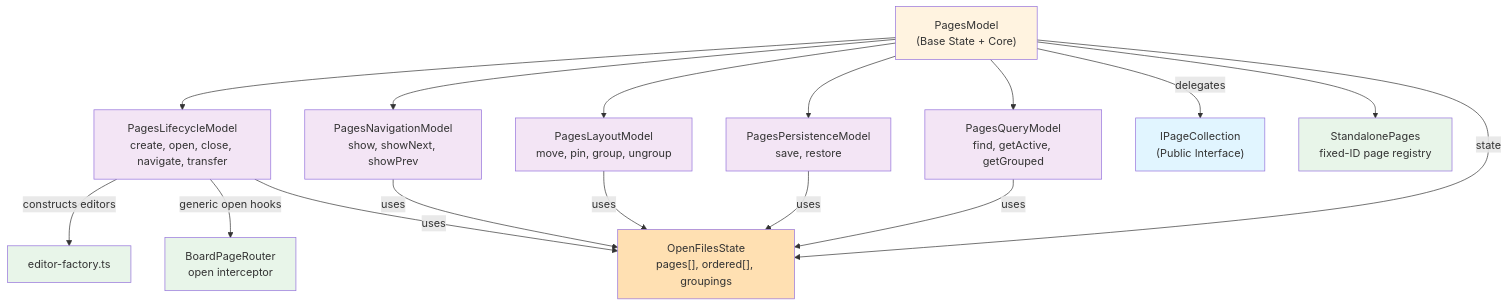
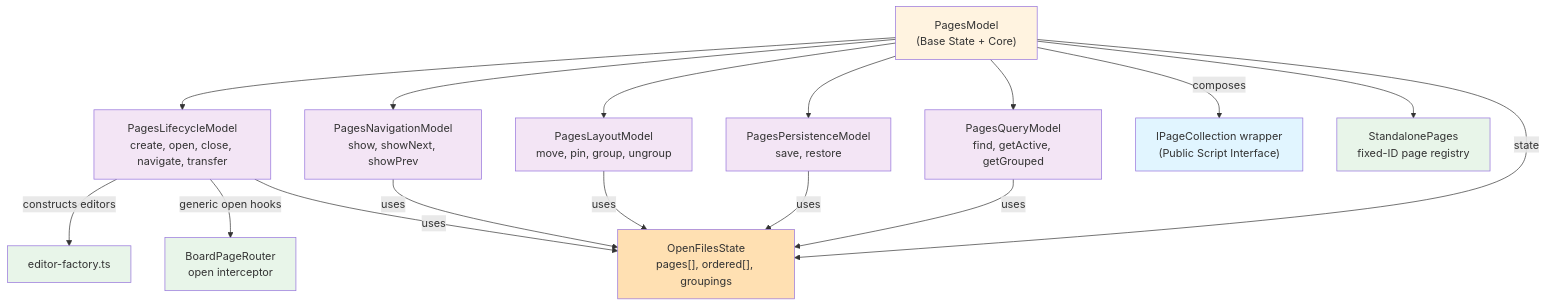
The third of 4 diagrams in doc/architecture/pages-architecture.md (andriy-viyatyk/persephone), drawn with Mermaid before and after one commit. The commit also changed other lines of this file and 126 other files, not shown here.

````diff
--- a/doc/architecture/pages-architecture.md
+++ b/doc/architecture/pages-architecture.md
@@ -337,35 +337,35 @@
 ```mermaid
 graph TD
     Base["PagesModel<br/>(Base State + Core)"]
 
     Base --> LC["PagesLifecycleModel<br/>create, open, close, navigate, transfer"]
     Base --> Nav["PagesNavigationModel<br/>show, showNext, showPrev"]
     Base --> Lay["PagesLayoutModel<br/>move, pin, group, ungroup"]
     Base --> Persist["PagesPersistenceModel<br/>save, restore"]
     Base --> Query["PagesQueryModel<br/>find, getActive, getGrouped"]
 
-    Base -->|delegates| IPC["IPageCollection<br/>(Public Interface)"]
+    Base -->|composes| IPC["IPageCollection wrapper<br/>(Public Script Interface)"]
 
     LC -->|constructs editors| EF["editor-factory.ts"]
     LC -->|generic open hooks| BI["BoardPageRouter<br/>open interceptor"]
     Base --> SP["StandalonePages<br/>fixed-ID page registry"]
 
     Base -->|state| S["OpenFilesState<br/>pages[], ordered[], groupings"]
     LC -->|uses| S
     Nav -->|uses| S
     Lay -->|uses| S
     Persist -->|uses| S
     Query -->|uses| S
 
     style Base fill:#fff3e0
     style LC fill:#f3e5f5
     style Nav fill:#f3e5f5
     style Lay fill:#f3e5f5
     style Persist fill:#f3e5f5
     style Query fill:#f3e5f5
     style EF fill:#e8f5e9
     style BI fill:#e8f5e9
     style SP fill:#e8f5e9
     style IPC fill:#e1f5ff
     style S fill:#ffe0b2
 ```
````
